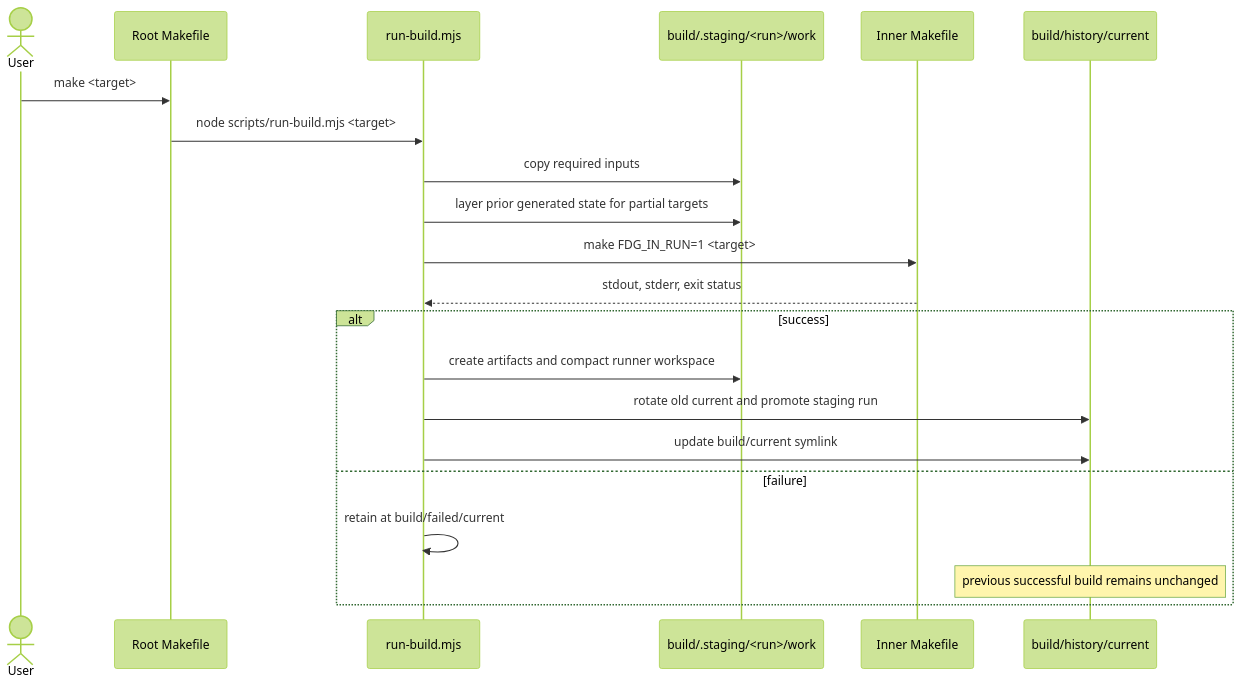
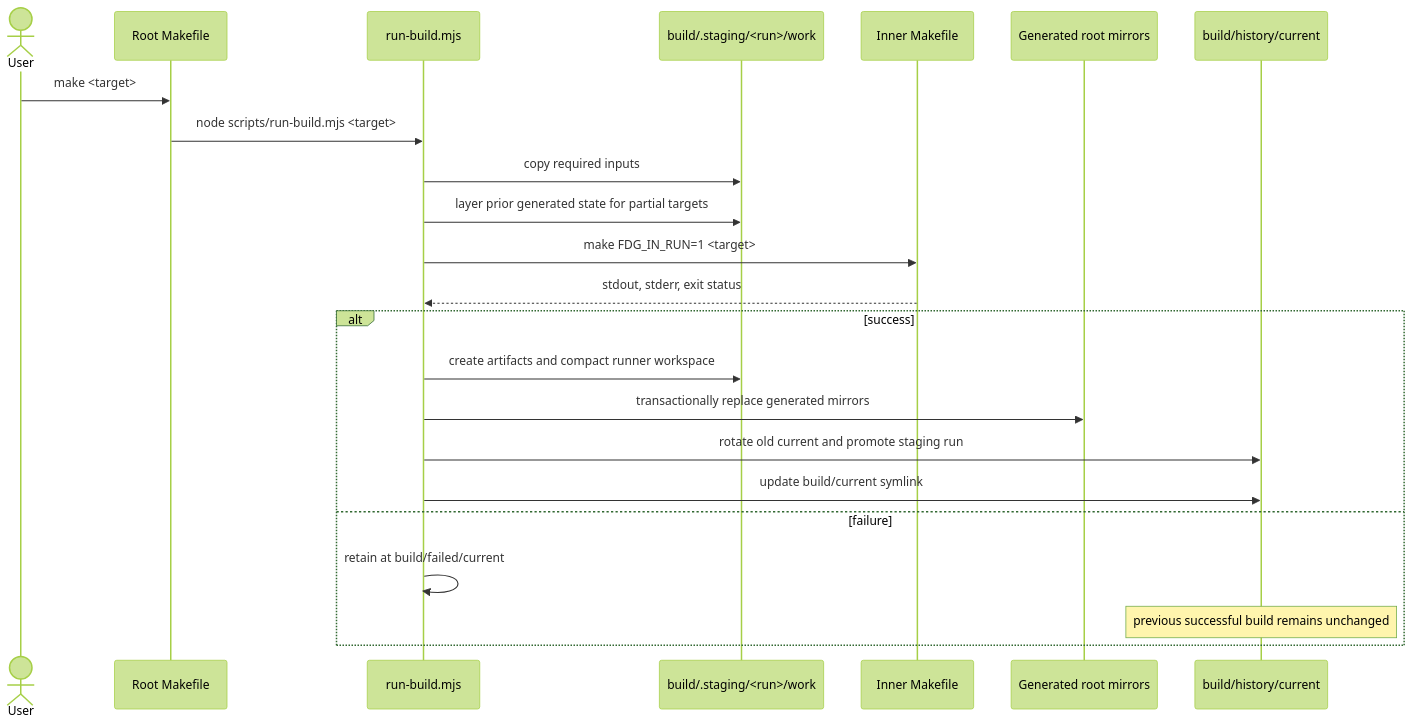
One commit to clvnkhr/fdgtyp changed the third of 9 diagrams in ARCHITECTURE.md. Above: the diagram before and after it, drawn with Mermaid (forest theme). The commit also changed other lines of this file and 3335 other files, not shown here.

````diff
--- a/ARCHITECTURE.md
+++ b/ARCHITECTURE.md
@@ -212,24 +217,26 @@
 ```mermaid
 sequenceDiagram
     actor User
     participant Outer as Root Makefile
     participant Orchestrator as run-build.mjs
     participant Work as build/.staging/<run>/work
     participant Inner as Inner Makefile
+    participant Root as Generated root mirrors
     participant History as build/history/current
 
     User->>Outer: make <target>
     Outer->>Orchestrator: node scripts/run-build.mjs <target>
     Orchestrator->>Work: copy required inputs
     Orchestrator->>Work: layer prior generated state for partial targets
     Orchestrator->>Inner: make FDG_IN_RUN=1 <target>
     Inner-->>Orchestrator: stdout, stderr, exit status
     alt success
         Orchestrator->>Work: create artifacts and compact runner workspace
+        Orchestrator->>Root: transactionally replace generated mirrors
         Orchestrator->>History: rotate old current and promote staging run
         Orchestrator->>History: update build/current symlink
     else failure
         Orchestrator->>Orchestrator: retain at build/failed/current
         Note over History: previous successful build remains unchanged
     end
 ```
````
